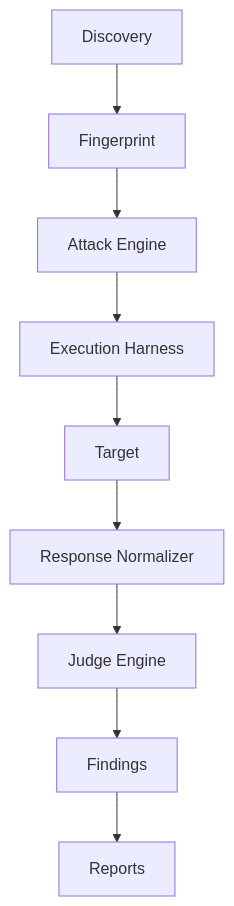
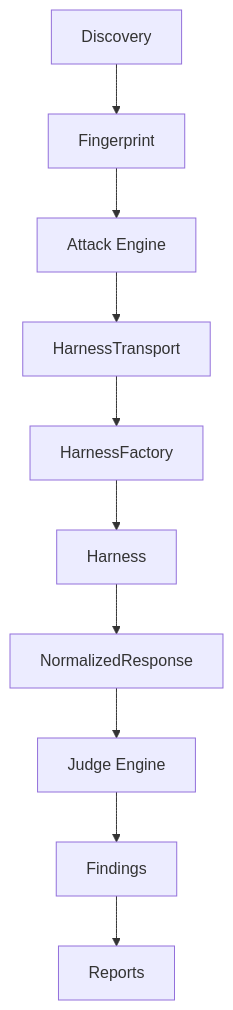
One commit to YangYang-Research/yang-promptlab changed the diagram in docs/ARCHITECTURE_HARNESS.md. Above: the diagram before and after it, drawn with Mermaid. The commit also changed other lines of this file and 103 other files, not shown here.

````diff
--- a/docs/ARCHITECTURE_HARNESS.md
+++ b/docs/ARCHITECTURE_HARNESS.md
@@ -5,11 +5,12 @@
 ```mermaid
 flowchart TB
     D[Discovery] --> F[Fingerprint]
     F --> A[Attack Engine]
-    A --> H[Execution Harness]
-    H --> T[Target]
-    T --> N[Response Normalizer]
+    A --> HT[HarnessTransport]
+    HT --> HF[HarnessFactory]
+    HF --> H[Harness]
+    H --> N[NormalizedResponse]
     N --> J[Judge Engine]
     J --> FD[Findings]
     FD --> R[Reports]
 ```
````
